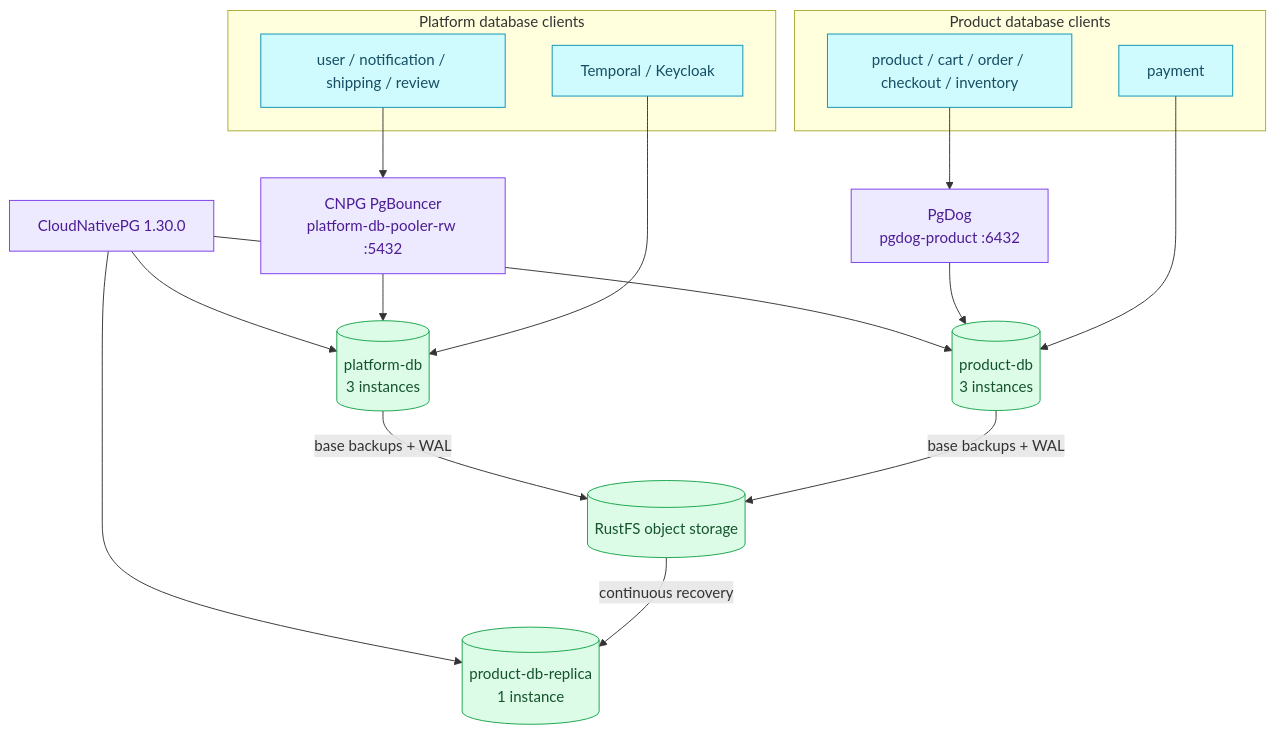
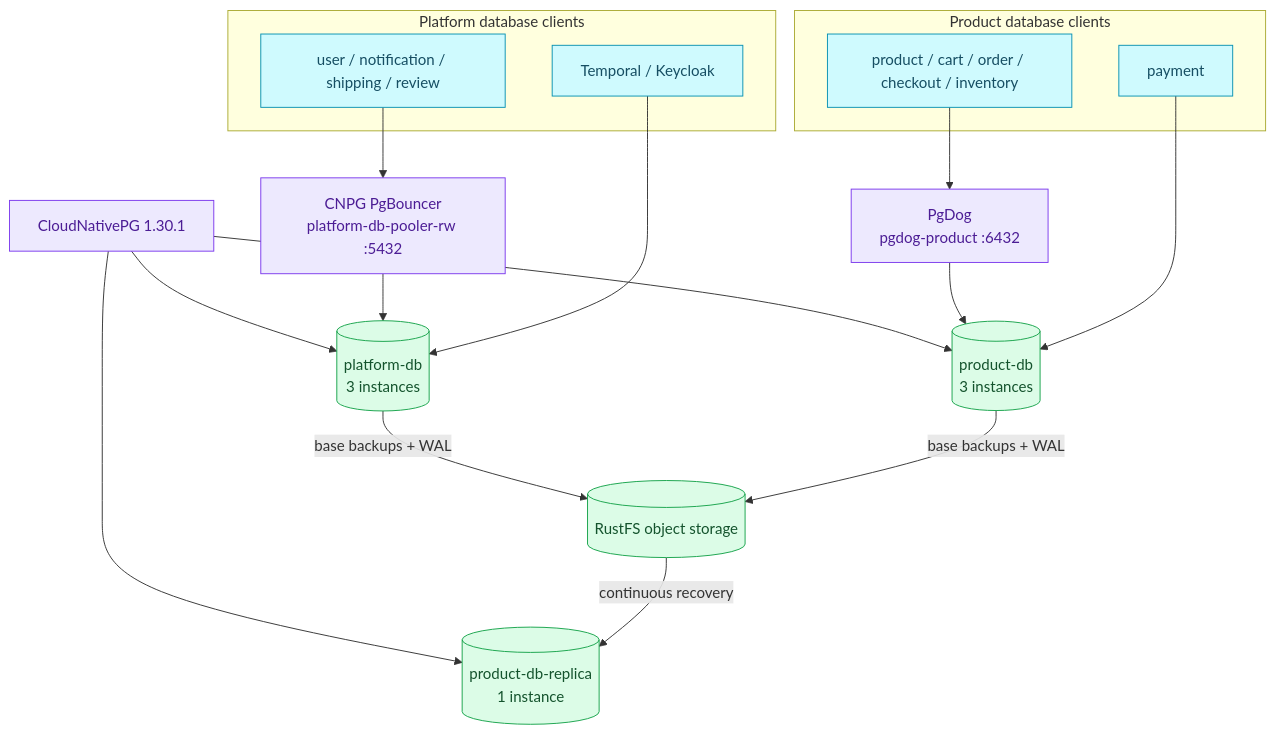
One commit to duynhlab/homelab changed the diagram in docs/databases/architecture.md. Above: the diagram before and after it, drawn with Mermaid. The commit also changed other lines of this file and 18 other files, not shown here.

````diff
--- a/docs/databases/architecture.md
+++ b/docs/databases/architecture.md
@@ -18,39 +24,39 @@
 ```mermaid
 flowchart TB
-    CNPG["CloudNativePG 1.30.0"]
+    CNPG["CloudNativePG 1.30.1"]
 
     subgraph PlatformClients["Platform database clients"]
         PlatformApps["user / notification / shipping / review"]
         DirectPlatform["Temporal / Keycloak"]
     end
 
     subgraph ProductClients["Product database clients"]
         ProductApps["product / cart / order / checkout / inventory"]
         Payment["payment"]
     end
 
     PgBouncer["CNPG PgBouncer<br/>platform-db-pooler-rw :5432"]
     PgDog["PgDog<br/>pgdog-product :6432"]
     Platform[("platform-db<br/>3 instances")]
     Product[("product-db<br/>3 instances")]
     DR[("product-db-replica<br/>1 instance")]
     Store[("RustFS object storage")]
 
     CNPG --> Platform
     CNPG --> Product
     CNPG --> DR
     PlatformApps --> PgBouncer --> Platform
     DirectPlatform --> Platform
     ProductApps --> PgDog --> Product
     Payment --> Product
     Platform -->|"base backups + WAL"| Store
     Product -->|"base backups + WAL"| Store
     Store -->|"continuous recovery"| DR
 
     classDef service fill:#cffafe,color:#164e63,stroke:#0891b2;
     classDef platform fill:#ede9fe,color:#4c1d95,stroke:#7c3aed;
     classDef data fill:#dcfce7,color:#14532d,stroke:#16a34a;
     class CNPG,PgBouncer,PgDog platform;
     class PlatformApps,DirectPlatform,ProductApps,Payment service;
     class Platform,Product,DR,Store data;
 ```
````
